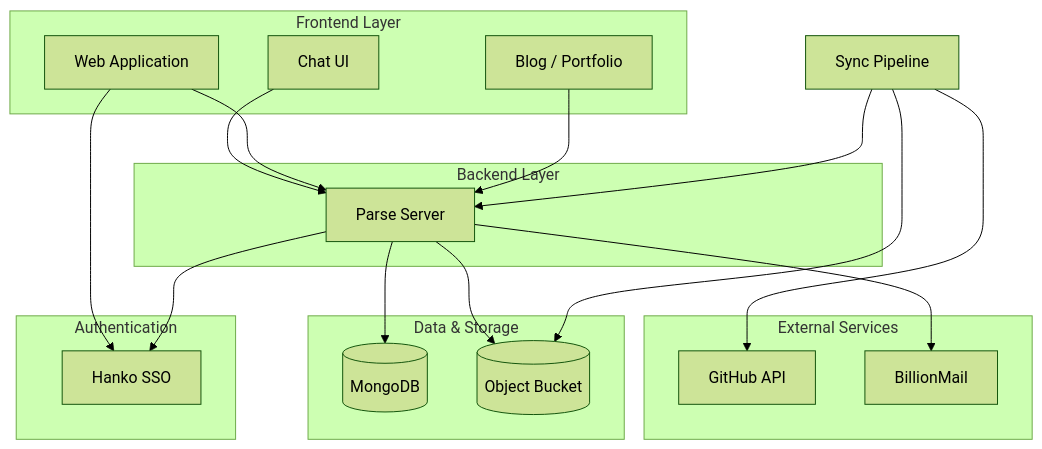
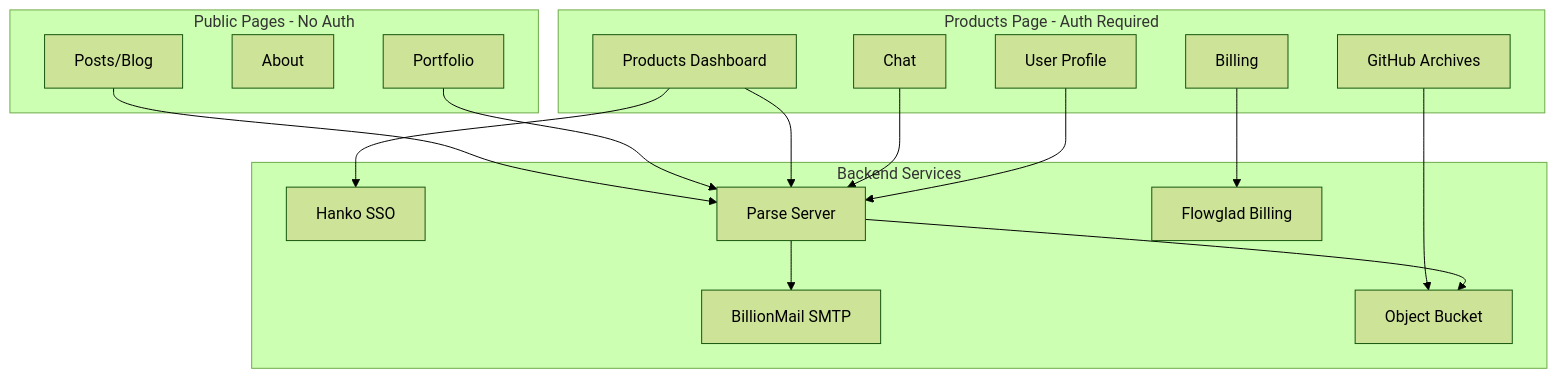
One commit to dirm02/bloggista changed the first of 9 diagrams in expansion.md. Above: the diagram before and after it, drawn with Mermaid (forest theme). The commit also changed other lines of this file, not shown here.

Commit message:
expand2billing

````diff
--- a/expansion.md
+++ b/expansion.md
@@ -26,38 +14,35 @@
 ```mermaid
 flowchart TB
-    subgraph Frontend [Frontend Layer]
-        Blog[Blog / Portfolio]
-        WebApp[Web Application]
-        ChatUI[Chat UI]
+    subgraph Public [Public Pages - No Auth]
+        Posts[Posts/Blog]
+        About[About]
+        Portfolio[Portfolio]
     end
 
-    subgraph Auth [Authentication]
-        Hanko[Hanko SSO]
+    subgraph Private [Products Page - Auth Required]
+        Products[Products Dashboard]
+        Chat[Chat]
+        Billing[Billing]
+        UserProfile[User Profile]
+        RepoArchive[GitHub Archives]
     end
 
-    subgraph Backend [Backend Layer]
+    subgraph Backend [Backend Services]
+        Hanko[Hanko SSO]
         Parse[Parse Server]
+        BillionMail[BillionMail SMTP]
+        Flowglad[Flowglad Billing]
+        Bucket[Object Bucket]
     end
 
-    subgraph Data [Data & Storage]
-        MongoDB[(MongoDB)]
-        Bucket[(Object Bucket)]
-    end
-
-    subgraph Services [External Services]
-        GitHub[GitHub API]
-        BillionMail[BillionMail]
-    end
-
-    WebApp --> Hanko
-    ChatUI --> Parse
-    WebApp --> Parse
-    Parse --> Hanko
-    Parse --> MongoDB
+    Posts --> Parse
+    Portfolio --> Parse
+    Products --> Hanko
+    Products --> Parse
+    Chat --> Parse
+    Billing --> Flowglad
+    UserProfile --> Parse
+    RepoArchive --> Bucket
+    Parse --> BillionMail
     Parse --> Bucket
-    Parse --> BillionMail
-    Blog --> Parse
-    mystars[Sync Pipeline] --> GitHub
-    mystars --> Bucket
-    mystars --> Parse
 ```
````
